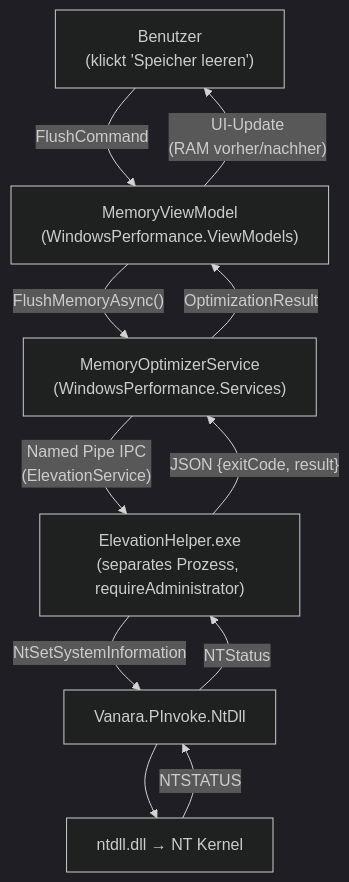
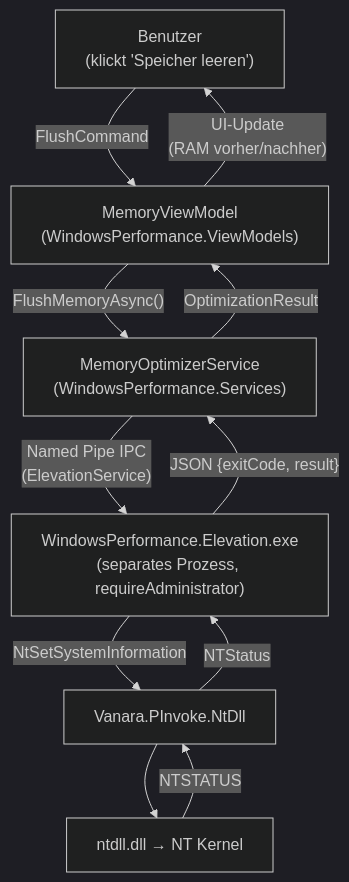
One commit to HorosCloudOfficial/HorosPulse changed the fourth of 4 diagrams in docs/features/external-henrypp/04-architektur.md. Above: the diagram before and after it, drawn with Mermaid (dark theme). The commit also changed other lines of this file and 15 other files, not shown here.

First line of the commit message:
Align docs with WindowsPerformance.Elevation.exe; ignore local SCRIPTS vaults.

````diff
--- a/docs/features/external-henrypp/04-architektur.md
+++ b/docs/features/external-henrypp/04-architektur.md
@@ -93,20 +93,20 @@
 ```mermaid
 graph TD
     USER["Benutzer\n(klickt 'Speicher leeren')"]
     VM["MemoryViewModel\n(WindowsPerformance.ViewModels)"]
     SVC["MemoryOptimizerService\n(WindowsPerformance.Services)"]
-    ELEV["ElevationHelper.exe\n(separates Prozess, requireAdministrator)"]
+    ELEV["WindowsPerformance.Elevation.exe\n(separates Prozess, requireAdministrator)"]
     VANARA["Vanara.PInvoke.NtDll"]
     KERNEL["ntdll.dll → NT Kernel"]
 
     USER -->|"FlushCommand"| VM
     VM -->|"FlushMemoryAsync()"| SVC
     SVC -->|"Named Pipe IPC\n(ElevationService)"| ELEV
     ELEV -->|"NtSetSystemInformation"| VANARA
     VANARA --> KERNEL
     KERNEL -->|"NTSTATUS"| VANARA
     VANARA -->|"NTStatus"| ELEV
     ELEV -->|"JSON {exitCode, result}"| SVC
     SVC -->|"OptimizationResult"| VM
     VM -->|"UI-Update\n(RAM vorher/nachher)"| USER
 ```
````
